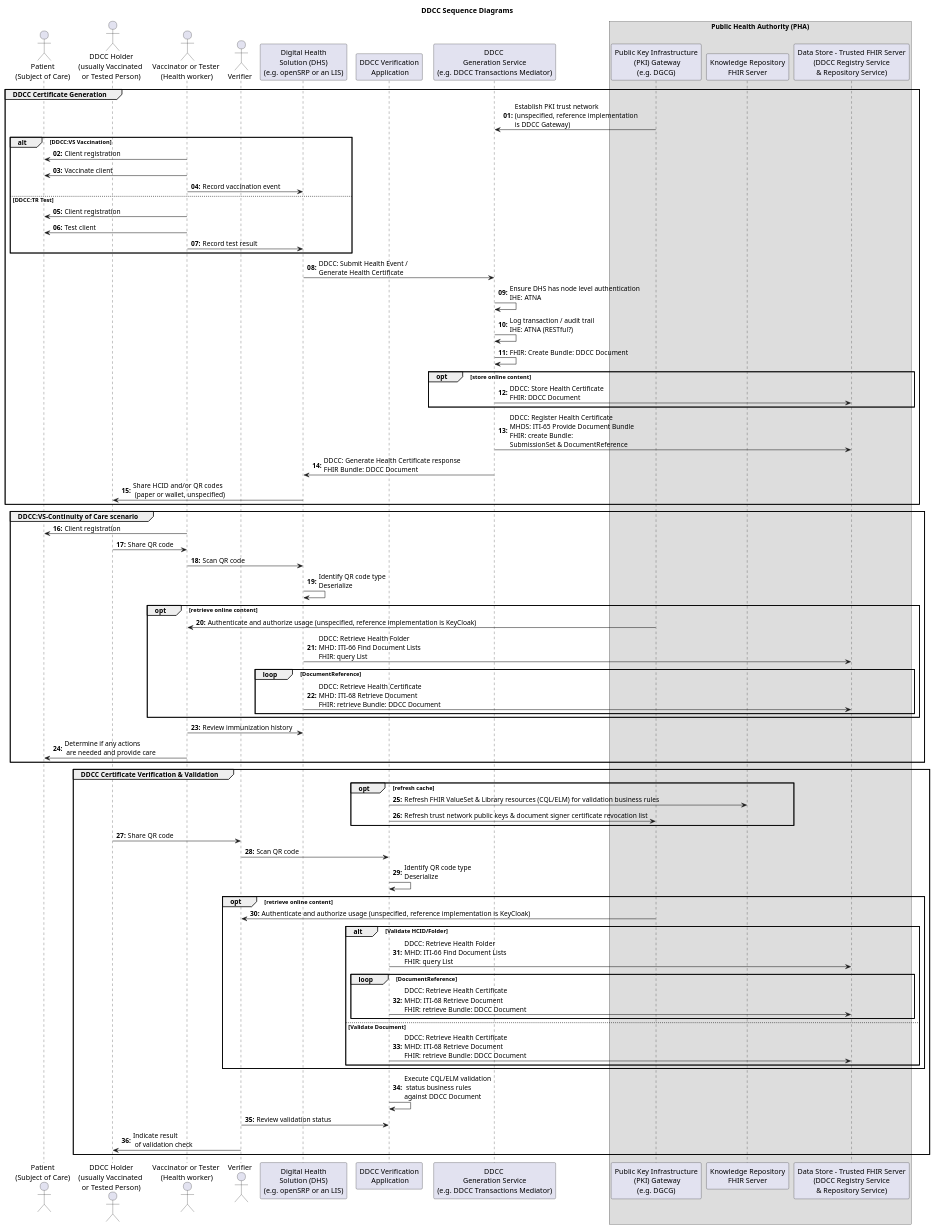
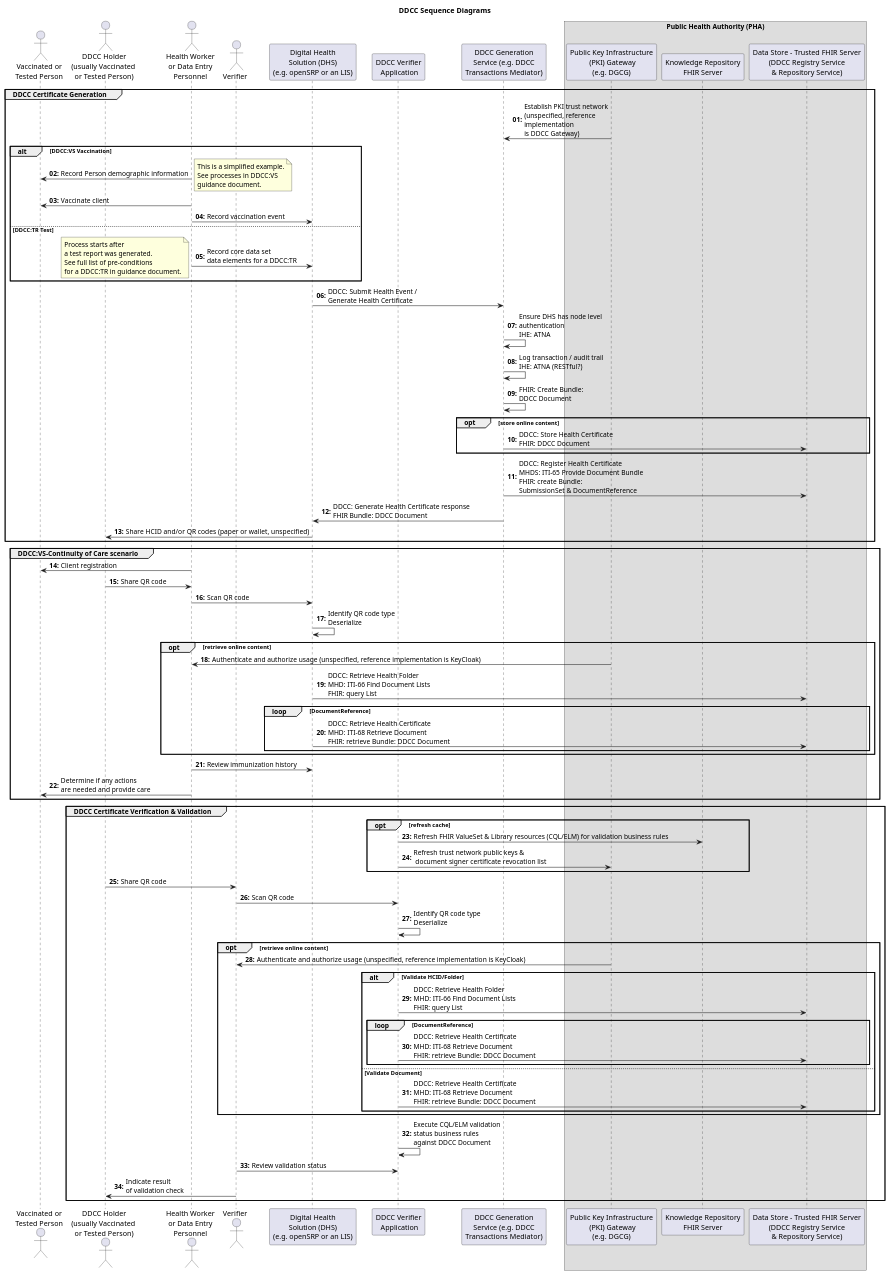
The diagram in input/images-source/workflows.plantuml (WorldHealthOrganization/ddcc), drawn with PlantUML before and after one commit.

Commit message:
Update workflows.plantuml
Added notes and references to pre-conditions and referred to guidance documents. Revised naming of Actors. Made formatting updates.

```diff
--- a/input/images-source/workflows.plantuml
+++ b/input/images-source/workflows.plantuml
@@ -1,102 +1,99 @@
 @startuml
 skinparam svgDimensionStyle false
 
 title DDCC Sequence Diagrams
 
-
-
-actor "Patient\n(Subject of Care)" as VP
+actor "Vaccinated or\nTested Person" as VP
 actor "DDCC Holder\n(usually Vaccinated \nor Tested Person)" as DH
-actor "Vaccinator or Tester\n (Health worker)" as HW
+actor "Health Worker\n or Data Entry \nPersonnel" as HW
 actor "Verifier" as VER
 participant "Digital Health\nSolution (DHS)\n(e.g. openSRP or an LIS)" as DHS
-participant "DDCC Verification\n Application" as VAP
-participant "DDCC \nGeneration Service\n(e.g. DDCC Transactions Mediator)" as CGS
+participant "DDCC Verifier\n Application" as VAP
+participant "DDCC Generation\nService (e.g. DDCC\nTransactions Mediator)" as CGS
 
 box "Public Health Authority (PHA)"
 
    participant "Public Key Infrastructure\n (PKI) Gateway\n(e.g. DGCG)" as GATE
    participant "Knowledge Repository\nFHIR Server" as KM
    participant "Data Store - Trusted FHIR Server\n(DDCC Registry Service\n& Repository Service)"  as SHR
 end box
 
 autonumber "<b>00:</b>"
 
 group DDCC Certificate Generation
-    GATE->CGS: Establish PKI trust network\n(unspecified, reference implementation\nis DDCC Gateway)
-    
+    GATE->CGS: Establish PKI trust network\n(unspecified, reference\nimplementation\nis DDCC Gateway)
+  
     alt DDCC:VS Vaccination 
-   	 HW->VP: Client registration
+
+   	 HW->VP: Record Person demographic information
+  note right: This is a simplified example.\nSee processes in DDCC:VS\nguidance document.
    	 HW->VP: Vaccinate client
      HW->DHS: Record vaccination event
+
     else DDCC:TR Test
-     HW->VP: Client registration
-     HW->VP: Test client
-     HW->DHS: Record test result
-    end
+     HW->DHS: Record core data set\ndata elements for a DDCC:TR
+note left: Process starts after\na test report was generated.\nSee full list of pre-conditions\nfor a DDCC:TR in guidance document. 
+    End
     
     DHS->CGS: DDCC: Submit Health Event /\nGenerate Health Certificate
-
-    CGS->CGS: Ensure DHS has node level authentication\nIHE: ATNA
+    CGS->CGS: Ensure DHS has node level\nauthentication\nIHE: ATNA
     CGS->CGS: Log transaction / audit trail\nIHE: ATNA (RESTful?)
-    CGS->CGS: FHIR: Create Bundle: DDCC Document
+    CGS->CGS: FHIR: Create Bundle:\nDDCC Document
     opt store online content
          CGS->SHR: DDCC: Store Health Certificate\nFHIR: DDCC Document
     end
     CGS->SHR: DDCC: Register Health Certificate\nMHDS: ITI-65 Provide Document Bundle\nFHIR: create Bundle: \nSubmissionSet & DocumentReference
 
 
 
     CGS->DHS: DDCC: Generate Health Certificate response\nFHIR Bundle: DDCC Document
-    DHS->DH: Share HCID and/or QR codes\n (paper or wallet, unspecified)
+    DHS->DH: Share HCID and/or QR codes  (paper or wallet, unspecified)
 end 
 
 group DDCC:VS-Continuity of Care scenario
     HW->VP: Client registration
     DH->HW: Share QR code
 
     HW->DHS: Scan QR code
     DHS->DHS: Identify QR code type\nDeserialize
     opt  retrieve online content
         GATE->HW: Authenticate and authorize usage (unspecified, reference implementation is KeyCloak)
         DHS->SHR: DDCC: Retrieve Health Folder\nMHD: ITI-66 Find Document Lists\nFHIR: query List
         loop DocumentReference
            DHS->SHR: DDCC: Retrieve Health Certificate\nMHD: ITI-68 Retrieve Document\nFHIR: retrieve Bundle: DDCC Document
         end
     end
     HW->DHS: Review immunization history
-    HW->VP: Determine if any actions\n are needed and provide care
+    HW->VP: Determine if any actions\nare needed and provide care
 end
 
 group DDCC Certificate Verification & Validation
 
     opt refresh cache
         VAP->KM: Refresh FHIR ValueSet & Library resources (CQL/ELM) for validation business rules
-	VAP->GATE: Refresh trust network public keys & document signer certificate revocation list
+	VAP->GATE: Refresh trust network public keys &\n document signer certificate revocation list
     end 
 
     DH->VER: Share QR code
     VER->VAP: Scan QR code
     VAP->VAP: Identify QR code type\nDeserialize
 
     opt  retrieve online content
         GATE->VER: Authenticate and authorize usage (unspecified, reference implementation is KeyCloak)
         alt Validate HCID/Folder
           VAP->SHR: DDCC: Retrieve Health Folder\nMHD: ITI-66 Find Document Lists\nFHIR: query List
           loop DocumentReference
             VAP->SHR: DDCC: Retrieve Health Certificate\nMHD: ITI-68 Retrieve Document\nFHIR: retrieve Bundle: DDCC Document
           end
         else Validate Document
           VAP->SHR: DDCC: Retrieve Health Certificate\nMHD: ITI-68 Retrieve Document\nFHIR: retrieve Bundle: DDCC Document
         end
     end
 
-    VAP->VAP: Execute CQL/ELM validation\n status business rules\nagainst DDCC Document
+    VAP->VAP: Execute CQL/ELM validation\nstatus business rules\nagainst DDCC Document
     VER->VAP: Review validation status
-    VER->DH: Indicate result\n of validation check
+    VER->DH: Indicate result\nof validation check
 end
 
 
-
-
 @enduml
```
